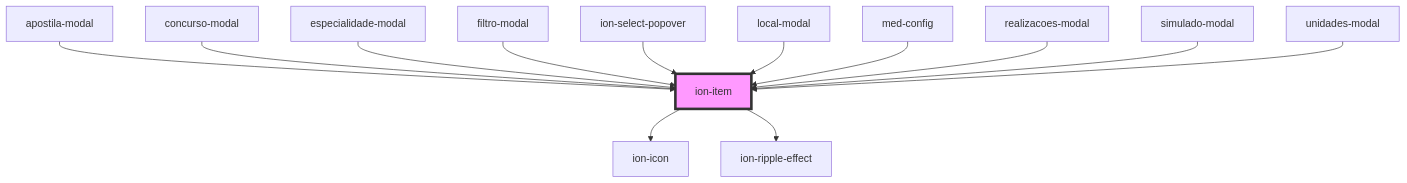
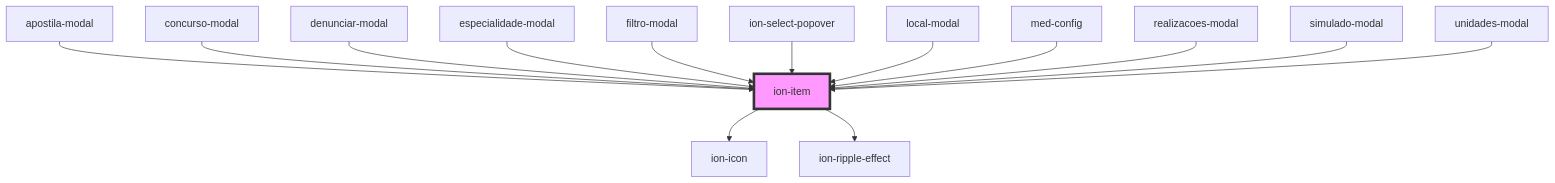
One commit to MEDGRUPOGIT/ionic-framework-1 changed the diagram in core/src/components/item/readme.md. Above: the diagram before and after it, drawn with Mermaid. The commit also changed other lines of this file and 17 other files, not shown here.

Commit message:
migração ionic 1 modal denunciar dúvida

````diff
--- a/core/src/components/item/readme.md
+++ b/core/src/components/item/readme.md
@@ -1942,16 +1943,17 @@
 ```mermaid
 graph TD;
   ion-item --> ion-icon
   ion-item --> ion-ripple-effect
   apostila-modal --> ion-item
   concurso-modal --> ion-item
+  denunciar-modal --> ion-item
   especialidade-modal --> ion-item
   filtro-modal --> ion-item
   ion-select-popover --> ion-item
   local-modal --> ion-item
   med-config --> ion-item
   realizacoes-modal --> ion-item
   simulado-modal --> ion-item
   unidades-modal --> ion-item
   style ion-item fill:#f9f,stroke:#333,stroke-width:4px
 ```
````
